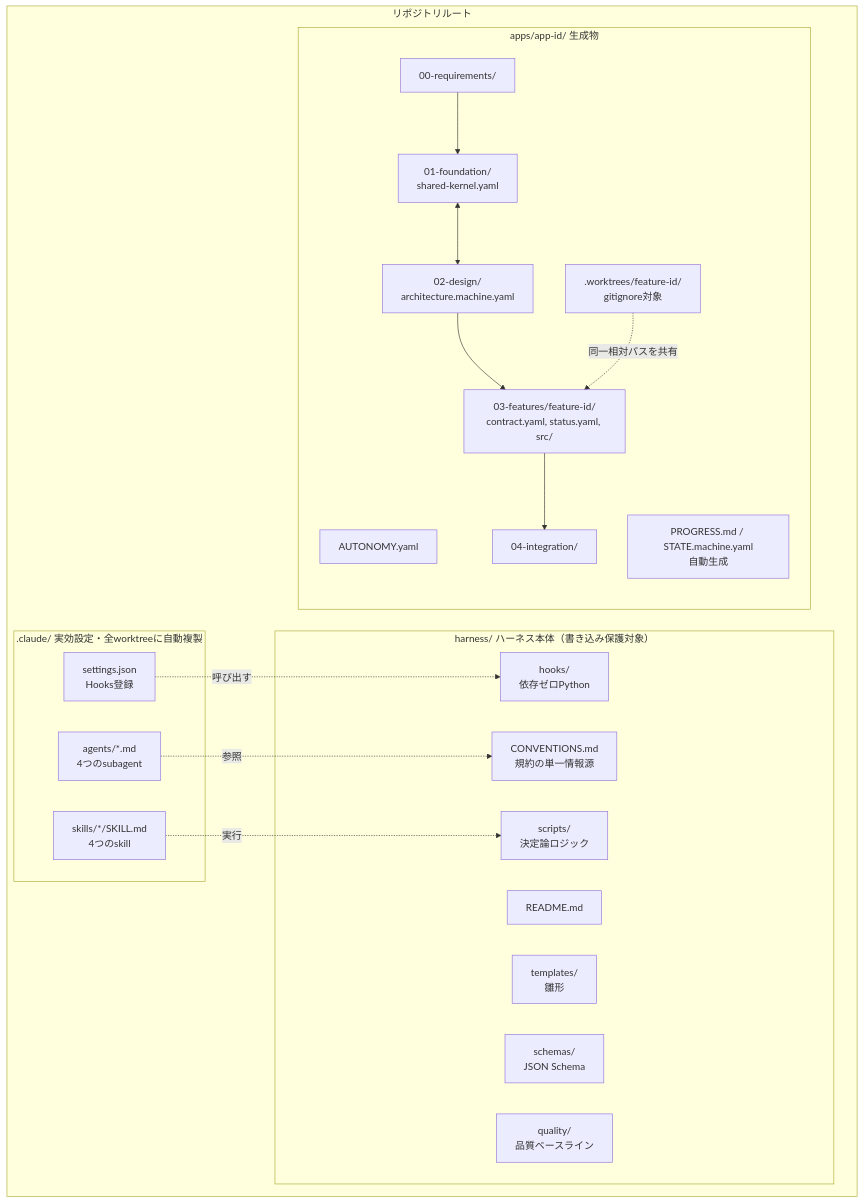
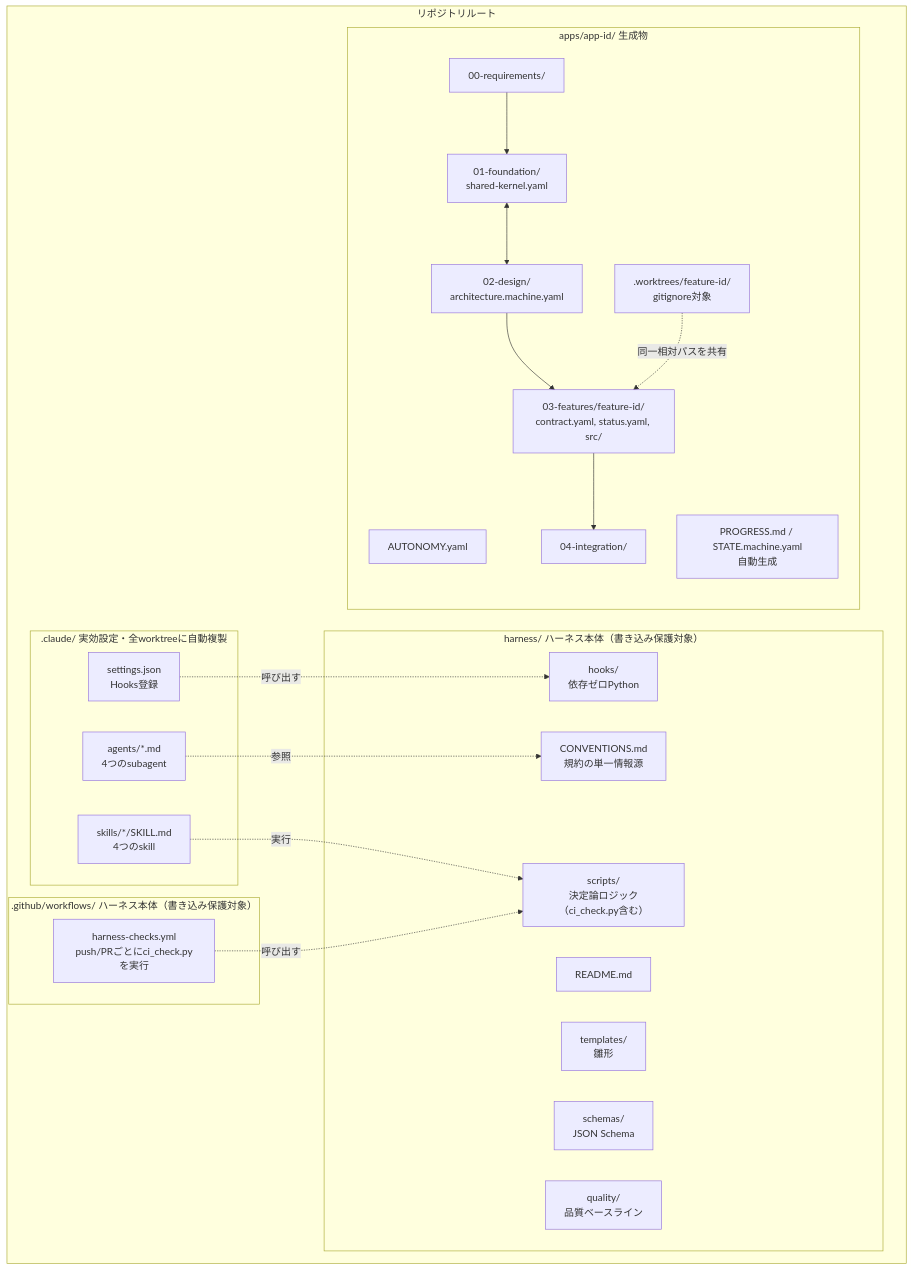
The first of 7 diagrams in HARNESS_GUIDE.md (studioyukidaruma-dev/apparness), drawn with Mermaid before and after one commit. The commit also changed other lines of this file, not shown here.

First line of the commit message:
docs: HARNESS_GUIDE.mdの冒頭バージョン表記とディレクトリマップをv1時点に更新

````diff
--- a/HARNESS_GUIDE.md
+++ b/HARNESS_GUIDE.md
@@ -44,38 +49,42 @@
 ```mermaid
 graph TB
     subgraph ROOT["リポジトリルート"]
         subgraph CLAUDE[".claude/  実効設定・全worktreeに自動複製"]
             SETTINGS["settings.json<br/>Hooks登録"]
             AGENTS["agents/*.md<br/>4つのsubagent"]
             SKILLS["skills/*/SKILL.md<br/>4つのskill"]
         end
         subgraph HARNESS["harness/  ハーネス本体（書き込み保護対象）"]
             CONV["CONVENTIONS.md<br/>規約の単一情報源"]
             HREADME["README.md"]
             HOOKS["hooks/<br/>依存ゼロPython"]
             TMPL["templates/<br/>雛形"]
             SCHEMAS["schemas/<br/>JSON Schema"]
-            SCRIPTS["scripts/<br/>決定論ロジック"]
+            SCRIPTS["scripts/<br/>決定論ロジック（ci_check.py含む）"]
             QUALITY["quality/<br/>品質ベースライン"]
+        end
+        subgraph GHACTIONS[".github/workflows/  ハーネス本体（書き込み保護対象）"]
+            CIYML["harness-checks.yml<br/>push/PRごとにci_check.pyを実行"]
         end
         subgraph APPS["apps/app-id/  生成物"]
             AUTONOMY["AUTONOMY.yaml"]
             REQ["00-requirements/"]
             FOUND["01-foundation/<br/>shared-kernel.yaml"]
             DESIGN["02-design/<br/>architecture.machine.yaml"]
             FEAT["03-features/feature-id/<br/>contract.yaml, status.yaml, src/"]
             INTEG["04-integration/"]
             PROG["PROGRESS.md / STATE.machine.yaml<br/>自動生成"]
             WT[".worktrees/feature-id/<br/>gitignore対象"]
         end
     end
 
     SETTINGS -.呼び出す.-> HOOKS
     AGENTS -.参照.-> CONV
     SKILLS -.実行.-> SCRIPTS
+    CIYML -.呼び出す.-> SCRIPTS
     REQ --> FOUND
     FOUND <--> DESIGN
     DESIGN --> FEAT
     FEAT --> INTEG
     WT -. 同一相対パスを共有 .-> FEAT
 ```
````
